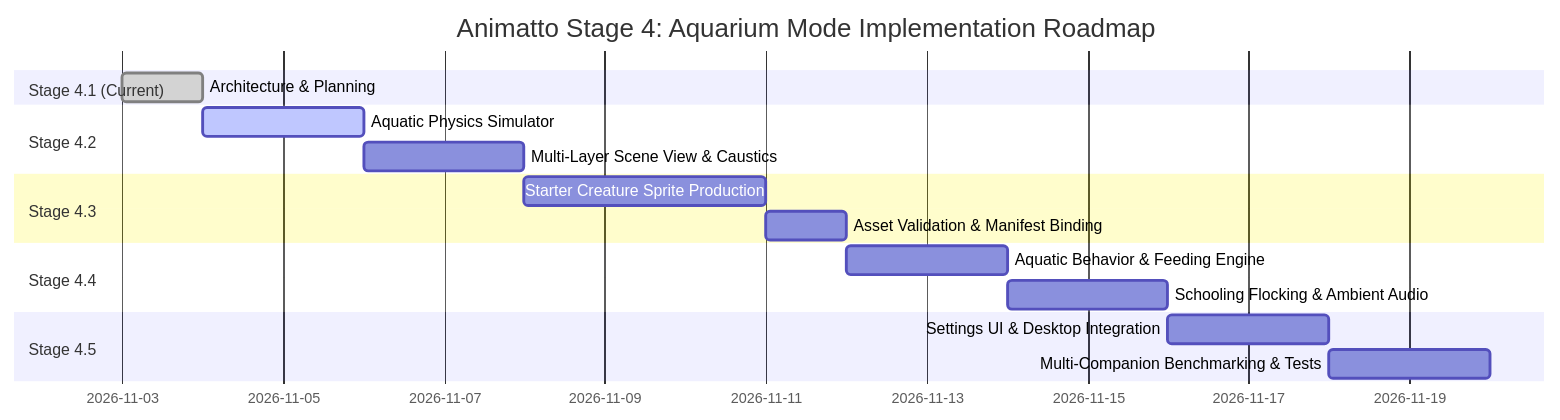
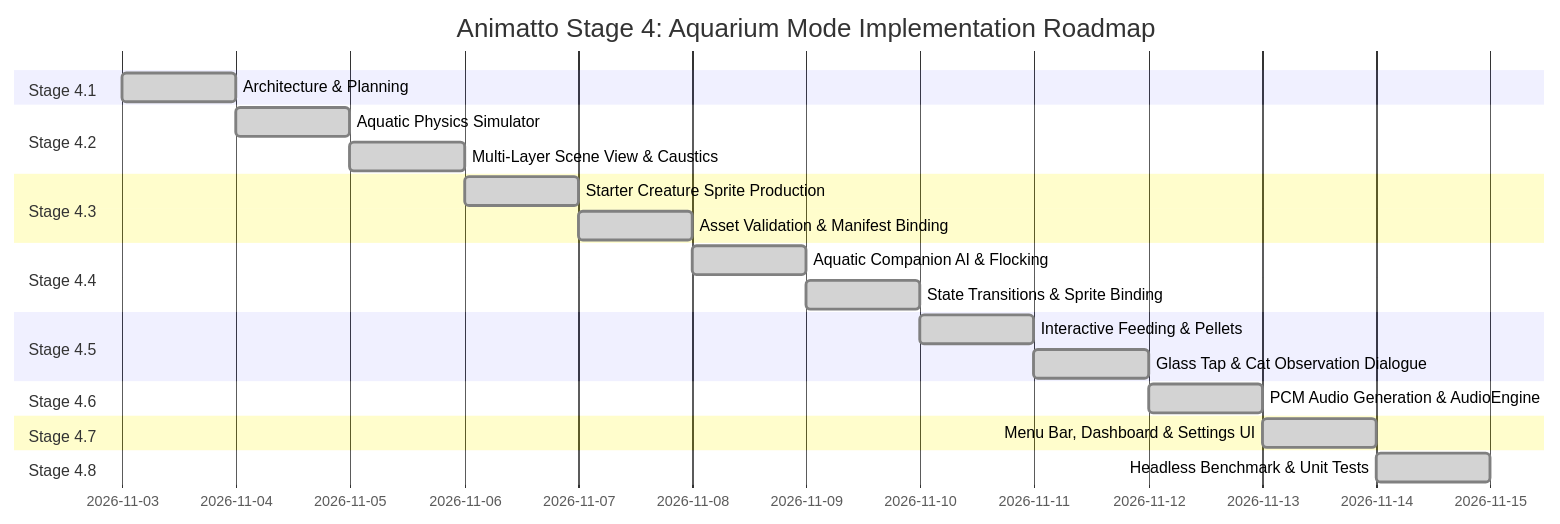
Before and after one commit to sharmao07/Animatto: the seventh of 7 diagrams in docs/AQUARIUM_MODE_ARCHITECTURE.md, drawn with Mermaid. The commit also changed other lines of this file and 20 other files, not shown here.

````diff
--- a/docs/AQUARIUM_MODE_ARCHITECTURE.md
+++ b/docs/AQUARIUM_MODE_ARCHITECTURE.md
@@ -505,19 +505,25 @@
 ```mermaid
 gantt
     title Animatto Stage 4: Aquarium Mode Implementation Roadmap
     dateFormat  YYYY-MM-DD
-    section Stage 4.1 (Current)
+    section Stage 4.1
     Architecture & Planning               :done, a1, 2026-11-03, 1d
     section Stage 4.2
-    Aquatic Physics Simulator            :active, a2, after a1, 2d
-    Multi-Layer Scene View & Caustics    :a3, after a2, 2d
+    Aquatic Physics Simulator            :done, a2, after a1, 1d
+    Multi-Layer Scene View & Caustics    :done, a3, after a2, 1d
     section Stage 4.3
-    Starter Creature Sprite Production    :a4, after a3, 3d
-    Asset Validation & Manifest Binding  :a5, after a4, 1d
+    Starter Creature Sprite Production    :done, a4, after a3, 1d
+    Asset Validation & Manifest Binding  :done, a5, after a4, 1d
     section Stage 4.4
-    Aquatic Behavior & Feeding Engine    :a6, after a5, 2d
-    Schooling Flocking & Ambient Audio   :a7, after a6, 2d
+    Aquatic Companion AI & Flocking      :done, a6, after a5, 1d
+    State Transitions & Sprite Binding   :done, a7, after a6, 1d
     section Stage 4.5
-    Settings UI & Desktop Integration    :a8, after a7, 2d
-    Multi-Companion Benchmarking & Tests :a9, after a8, 2d
+    Interactive Feeding & Pellets        :done, a8, after a7, 1d
+    Glass Tap & Cat Observation Dialogue :done, a9, after a8, 1d
+    section Stage 4.6
+    PCM Audio Generation & AudioEngine   :done, a10, after a9, 1d
+    section Stage 4.7
+    Menu Bar, Dashboard & Settings UI    :done, a11, after a10, 1d
+    section Stage 4.8
+    Headless Benchmark & Unit Tests      :done, a12, after a11, 1d
 ```
````
